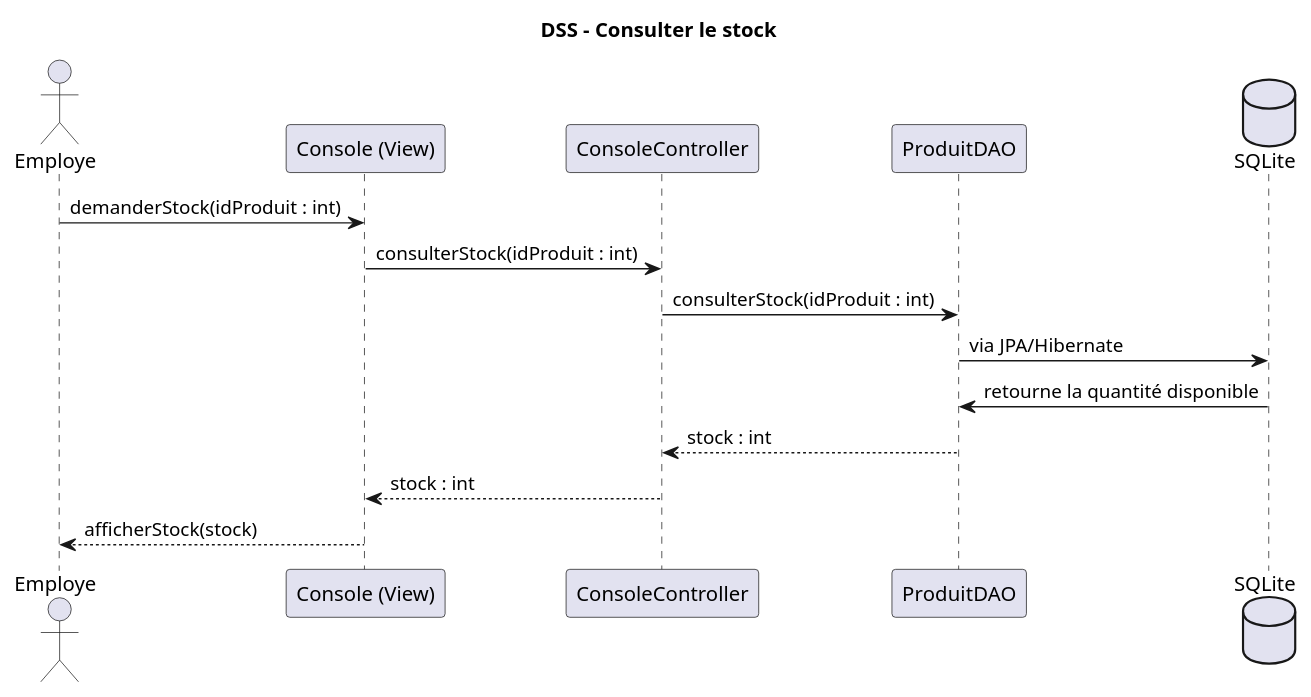
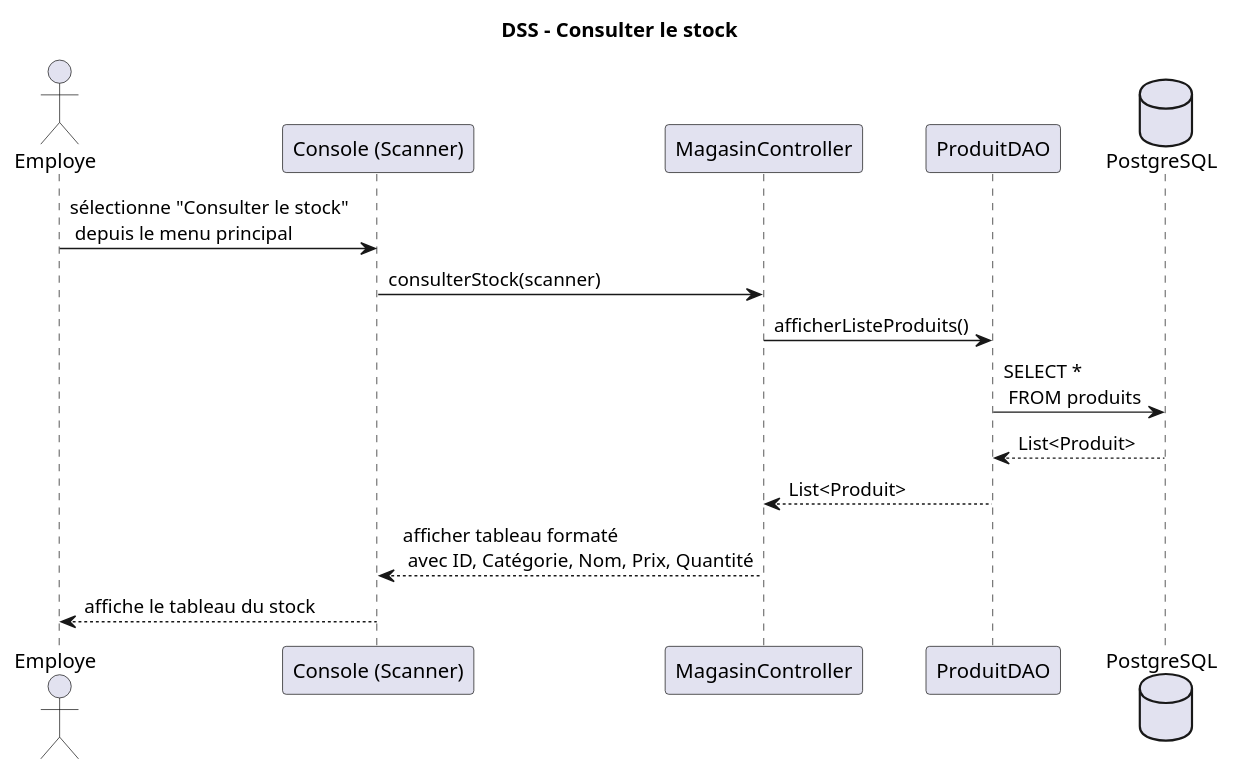
One commit to SlitherinSnake/tp0-1-2-log430 changed the diagram in docs/diagrams/dss/consulterStock.puml. Above: the diagram before and after it, drawn with PlantUML. The commit also changed 2 other files, not shown here.

Commit message:
Update Dss ConsulterStock et fin de dss dans arc42

```diff
--- a/docs/diagrams/dss/consulterStock.puml
+++ b/docs/diagrams/dss/consulterStock.puml
@@ -1,18 +1,39 @@
 @startuml
 title DSS – Consulter le stock
 
+' === Acteurs et composants impliqués ===
+' L'utilisateur humain (l'employé)
 actor Employe
-participant "Console (View)" as Console
-participant "ConsoleController" as Controller
+' Interface console qui lit et affiche les produits
+participant "Console (Scanner)" as Console
+' Contrôleur principal qui orchestre la logique
+participant "MagasinController" as Controller
+' DAO qui accède aux produits en base
 participant "ProduitDAO" as DAO
-database "SQLite"
+' Base de données relationnelle (via Hibernate)
+database "PostgreSQL"
 
-Employe -> Console : demanderStock(idProduit : int)
-Console -> Controller : consulterStock(idProduit : int)
-Controller -> DAO : consulterStock(idProduit : int)
-DAO -> SQLite : via JPA/Hibernate
-SQLite -> DAO : retourne la quantité disponible
-DAO --> Controller : stock : int
-Controller --> Console : stock : int
-Console --> Employe : afficherStock(stock)
+' === Début du scénario ===
+' L’utilisateur interagit avec la console pour choisir l'option de consulter le stock
+Employe -> Console : sélectionne "Consulter le stock" \n depuis le menu principal
+
+' La console appelle le contrôleur avec un Scanner comme paramètre
+Console -> Controller : consulterStock(scanner)
+
+' === Récupération des produits ===
+Controller -> DAO : afficherListeProduits()
+' Le contrôleur demande au DAO tous les produits en stock
+
+DAO -> PostgreSQL : SELECT * \n FROM produits
+' Hibernate effectue une requête SQL pour récupérer tous les produits
+
+PostgreSQL --> DAO : List<Produit>
+DAO --> Controller : List<Produit>
+
+' === Affichage des produits ===
+Controller --> Console : afficher tableau formaté \n avec ID, Catégorie, Nom, Prix, Quantité
+' Le contrôleur formate l’affichage et transmet les données à la console
+
+Console --> Employe : affiche le tableau du stock
+' L'utilisateur voit la liste complète du stock en console
 @enduml
```
